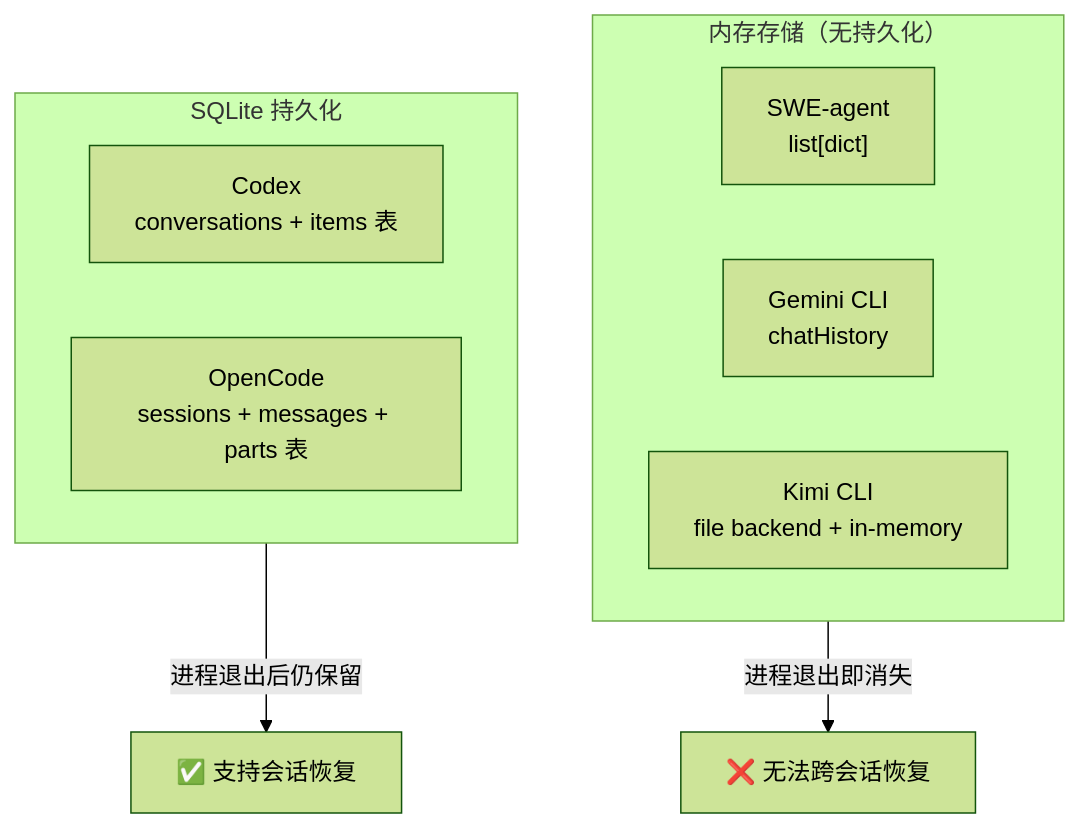
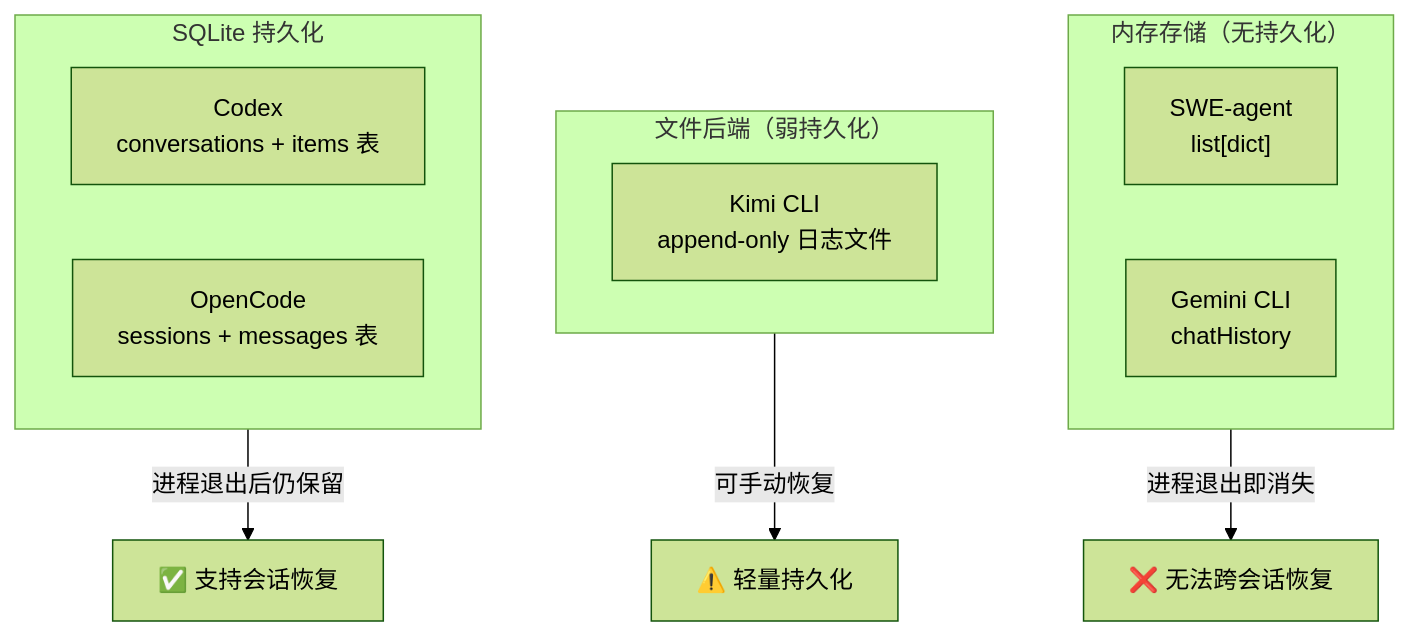
The sixth of 7 diagrams in docs/comm/07-comm-memory-context.md (giraffe-tree/agent-base), drawn with Mermaid (forest theme) before and after one commit. The commit also changed other lines of this file and 39 other files, not shown here.

````diff
--- a/docs/comm/07-comm-memory-context.md
+++ b/docs/comm/07-comm-memory-context.md
@@ -163,15 +288,18 @@
 ```mermaid
 graph TD
     subgraph memory["内存存储（无持久化）"]
-        A1["SWE-agent\nlist[dict]"]
-        A2["Gemini CLI\nchatHistory"]
-        A3["Kimi CLI\nfile backend + in-memory"]
+        A1["SWE-agent<br/>list[dict]"]
+        A2["Gemini CLI<br/>chatHistory"]
+    end
+    subgraph file["文件后端（弱持久化）"]
+        B1["Kimi CLI<br/>append-only 日志文件"]
     end
     subgraph sqlite["SQLite 持久化"]
-        B1["Codex\nconversations + items 表"]
-        B2["OpenCode\nsessions + messages + parts 表"]
+        C1["Codex<br/>conversations + items 表"]
+        C2["OpenCode<br/>sessions + messages 表"]
     end
 
     memory -->|"进程退出即消失"| X1["❌ 无法跨会话恢复"]
+    file -->|"可手动恢复"| X3["⚠️ 轻量持久化"]
     sqlite -->|"进程退出后仍保留"| X2["✅ 支持会话恢复"]
 ```
````
